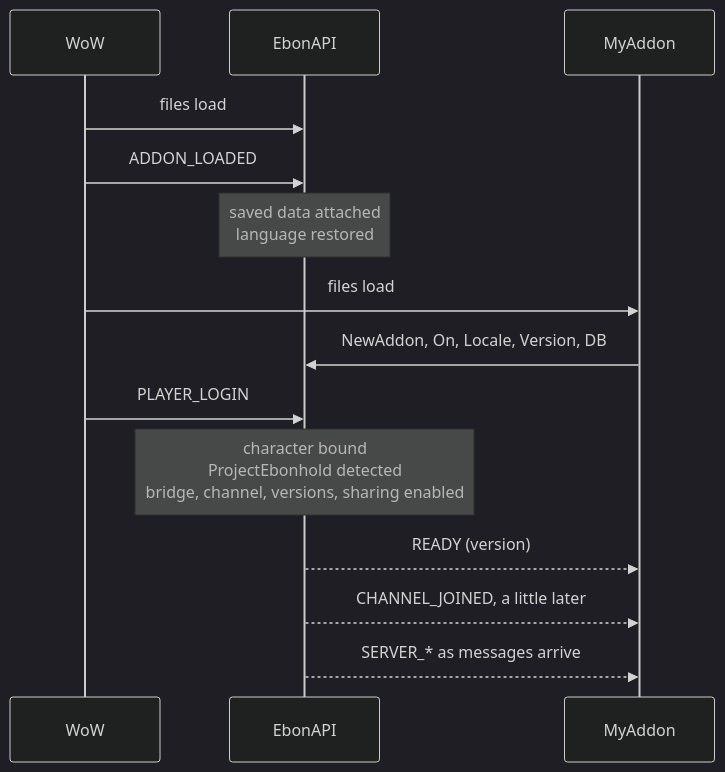
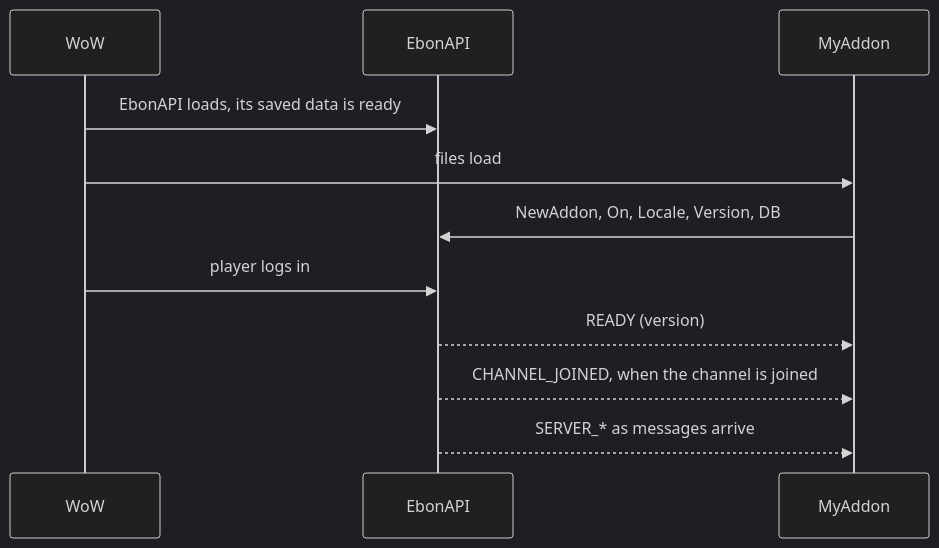
The diagram in Documentation/concepts.md (Siphelis/EbonAPI), drawn with Mermaid (dark theme) before and after one commit. The commit also changed other lines of this file and 45 other files, not shown here.

````diff
--- a/Documentation/concepts.md
+++ b/Documentation/concepts.md
@@ -29,16 +27,13 @@
 ```mermaid
 sequenceDiagram
     participant WoW
     participant EbonAPI
     participant MyAddon
-    WoW->>EbonAPI: files load
-    WoW->>EbonAPI: ADDON_LOADED
-    Note over EbonAPI: saved data attached<br/>language restored
+    WoW->>EbonAPI: EbonAPI loads, its saved data is ready
     WoW->>MyAddon: files load
     MyAddon->>EbonAPI: NewAddon, On, Locale, Version, DB
-    WoW->>EbonAPI: PLAYER_LOGIN
-    Note over EbonAPI: character bound<br/>ProjectEbonhold detected<br/>bridge, channel, versions, sharing enabled
+    WoW->>EbonAPI: player logs in
     EbonAPI-->>MyAddon: READY (version)
-    EbonAPI-->>MyAddon: CHANNEL_JOINED, a little later
+    EbonAPI-->>MyAddon: CHANNEL_JOINED, when the channel is joined
     EbonAPI-->>MyAddon: SERVER_* as messages arrive
 ```
````
